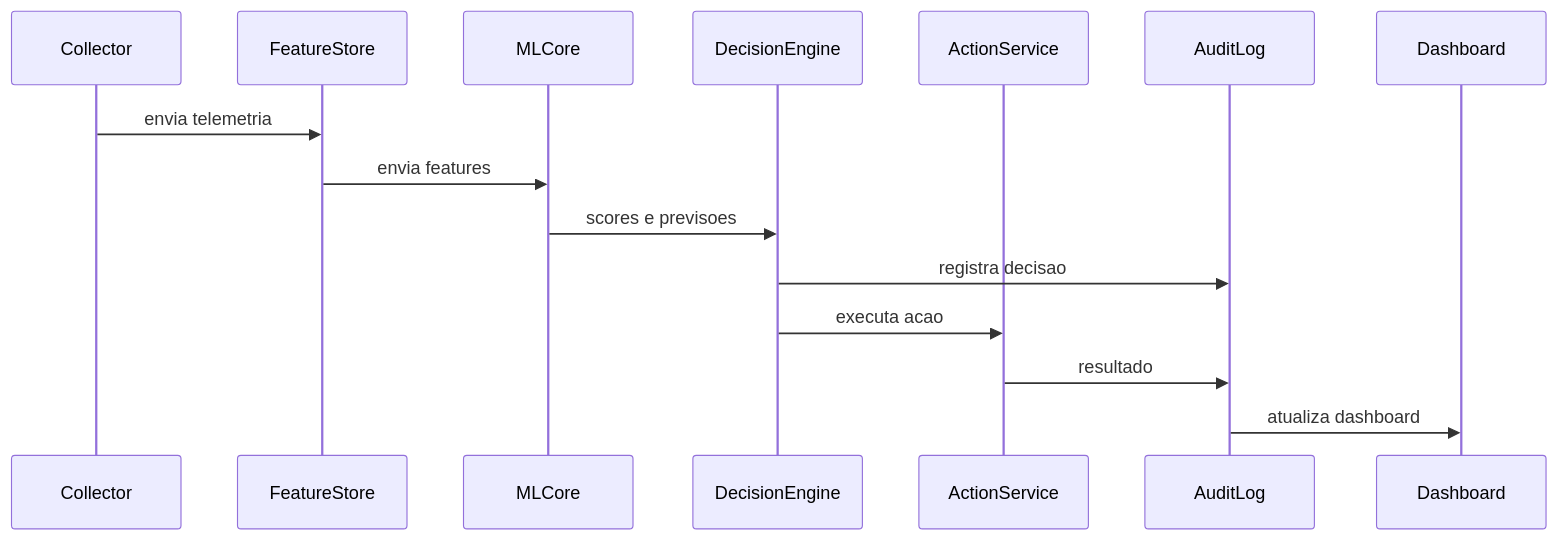
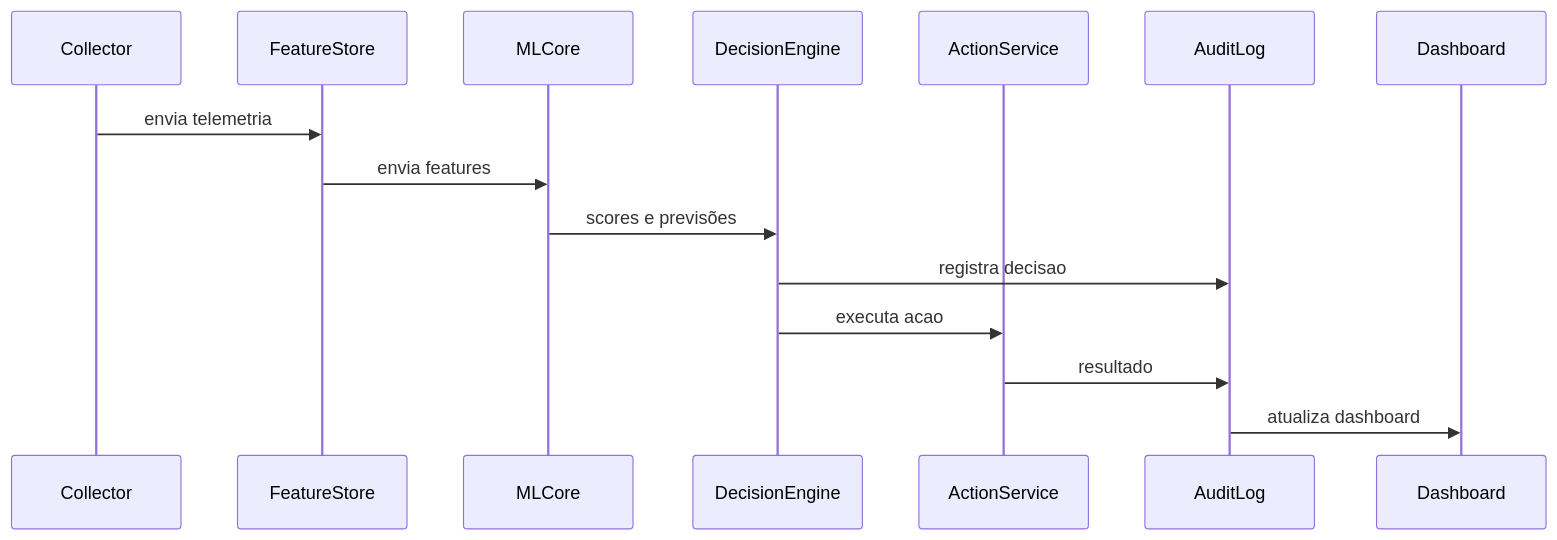
Before and after one commit to murylomarques/AI_Network_Guardian: the fourth of 5 diagrams in README.md, drawn with Mermaid. The commit also changed other lines of this file, not shown here.

````diff
--- a/README.md
+++ b/README.md
@@ -208,18 +200,18 @@
 ```mermaid
 sequenceDiagram
   participant COL as Collector
   participant FEAT as FeatureStore
   participant ML as MLCore
   participant DEC as DecisionEngine
   participant ACT as ActionService
   participant AUD as AuditLog
   participant UI as Dashboard
 
   COL->>FEAT: envia telemetria
   FEAT->>ML: envia features
-  ML->>DEC: scores e previsoes
+  ML->>DEC: scores e previsões
   DEC->>AUD: registra decisao
   DEC->>ACT: executa acao
   ACT->>AUD: resultado
   AUD->>UI: atualiza dashboard
 ```
````
